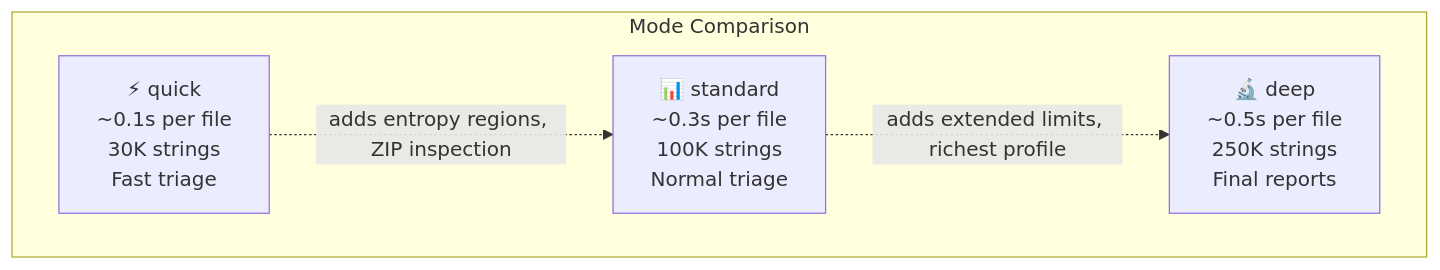
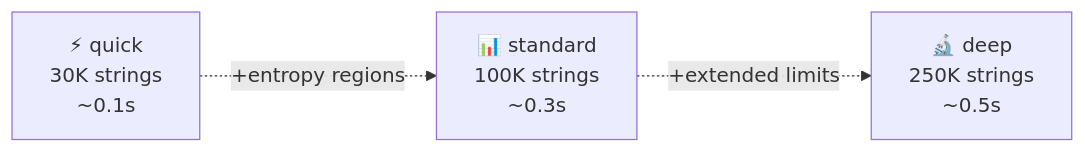
The fourth of 7 diagrams in usage.md (Masriyan/FlatScan), drawn with Mermaid before and after one commit. The commit also changed other lines of this file and 11 other files, not shown here.

````diff
--- a/usage.md
+++ b/usage.md
@@ -263,11 +218,5 @@
 ```mermaid
-graph TD
-    subgraph "Mode Comparison"
-        Q["⚡ quick<br/>~0.1s per file<br/>30K strings<br/>Fast triage"]
-        S["📊 standard<br/>~0.3s per file<br/>100K strings<br/>Normal triage"]
-        D["🔬 deep<br/>~0.5s per file<br/>250K strings<br/>Final reports"]
-    end
-    
-    Q -.->|adds entropy regions, ZIP inspection| S
-    S -.->|adds extended limits, richest profile| D
+graph LR
+    Q["⚡ quick<br/>30K strings<br/>~0.1s"] -.->|"+entropy regions"| S["📊 standard<br/>100K strings<br/>~0.3s"]
+    S -.->|"+extended limits"| D["🔬 deep<br/>250K strings<br/>~0.5s"]
 ```
````
